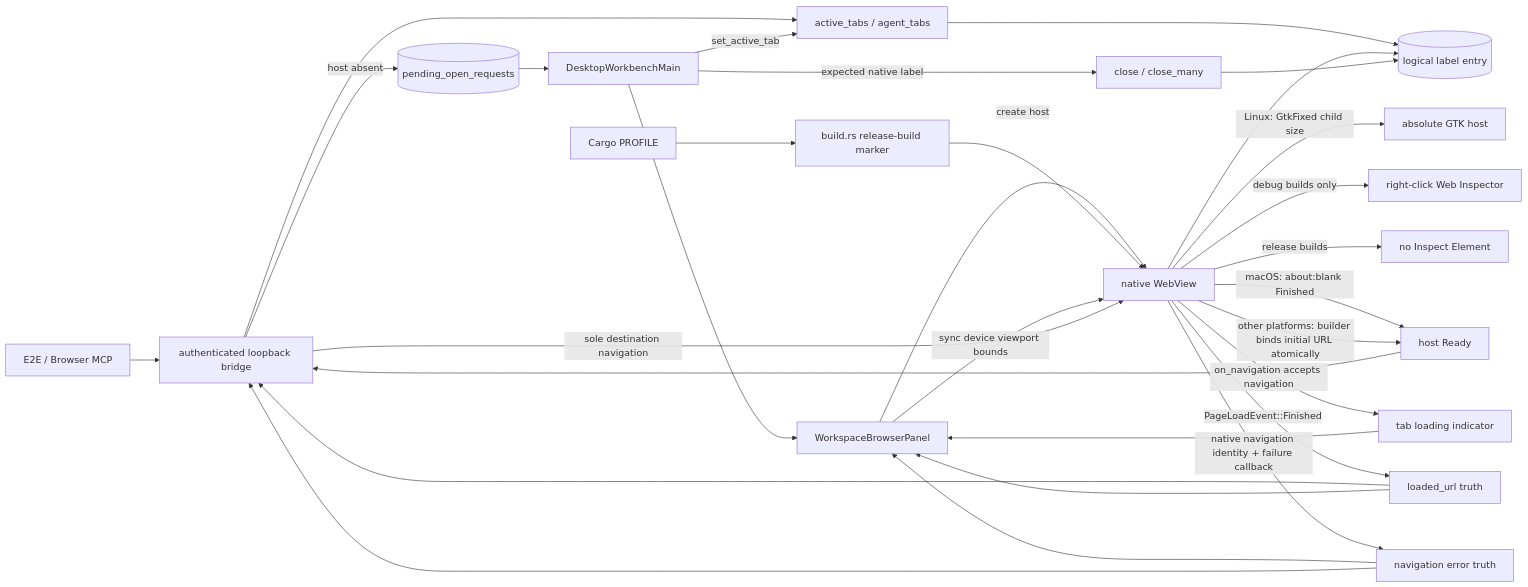
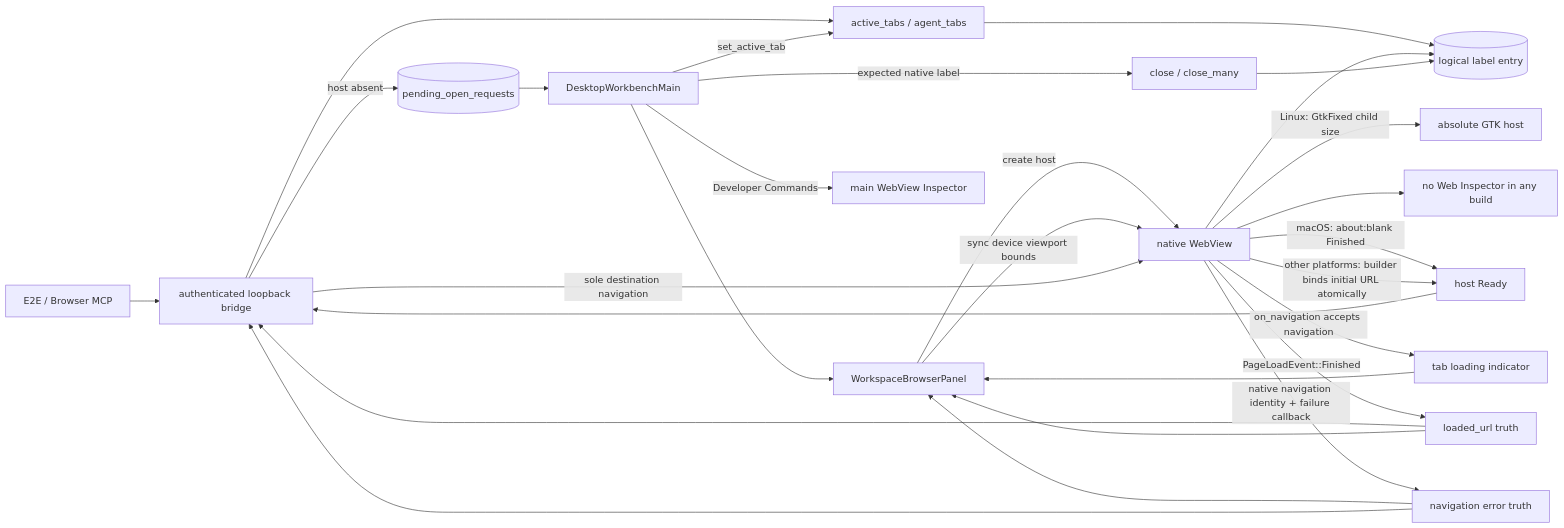
One commit to wecode-ai/Wegent changed the first of 2 diagrams in docs/en/architecture/embedded-browser.md. Above: the diagram before and after it, drawn with Mermaid. The commit also changed other lines of this file and 6 other files, not shown here.

````diff
--- a/docs/en/architecture/embedded-browser.md
+++ b/docs/en/architecture/embedded-browser.md
@@ -9,32 +9,30 @@
 ```mermaid
 flowchart LR
     CALLER[E2E / Browser MCP] --> BRIDGE[authenticated loopback bridge]
     BRIDGE --> ROUTE[active_tabs / agent_tabs]
     ROUTE --> ENTRY[(logical label entry)]
     BRIDGE -->|host absent| PENDING[(pending_open_requests)]
     PENDING --> MAIN[DesktopWorkbenchMain]
     MAIN --> PANEL[WorkspaceBrowserPanel]
     PANEL -->|create host| WEBVIEW[native WebView]
-    PROFILE[Cargo PROFILE] --> BUILD[build.rs release-build marker]
-    BUILD --> WEBVIEW
     PANEL -->|sync device viewport bounds| WEBVIEW
     WEBVIEW -->|Linux: GtkFixed child size| LINUX_HOST[absolute GTK host]
     WEBVIEW --> ENTRY
-    WEBVIEW -->|debug builds only| INSPECTOR[right-click Web Inspector]
-    WEBVIEW -->|release builds| NOINSPECTOR[no Inspect Element]
+    WEBVIEW --> NOINSPECTOR[no Web Inspector in any build]
+    MAIN -->|Developer Commands| MAIN_INSPECTOR[main WebView Inspector]
     WEBVIEW -->|macOS: about:blank Finished| READY[host Ready]
     WEBVIEW -->|other platforms: builder binds initial URL atomically| READY
     READY --> BRIDGE
     BRIDGE -->|sole destination navigation| WEBVIEW
     WEBVIEW -->|on_navigation accepts navigation| LOADING[tab loading indicator]
     LOADING --> PANEL
     WEBVIEW -->|PageLoadEvent::Finished| LOADED[loaded_url truth]
     WEBVIEW -->|native navigation identity + failure callback| FAILED[navigation error truth]
     LOADED --> BRIDGE
     LOADED --> PANEL
     FAILED --> PANEL
     FAILED --> BRIDGE
     MAIN -->|set_active_tab| ROUTE
     MAIN -->|expected native label| CLOSE[close / close_many]
     CLOSE --> ENTRY
 ```
````
